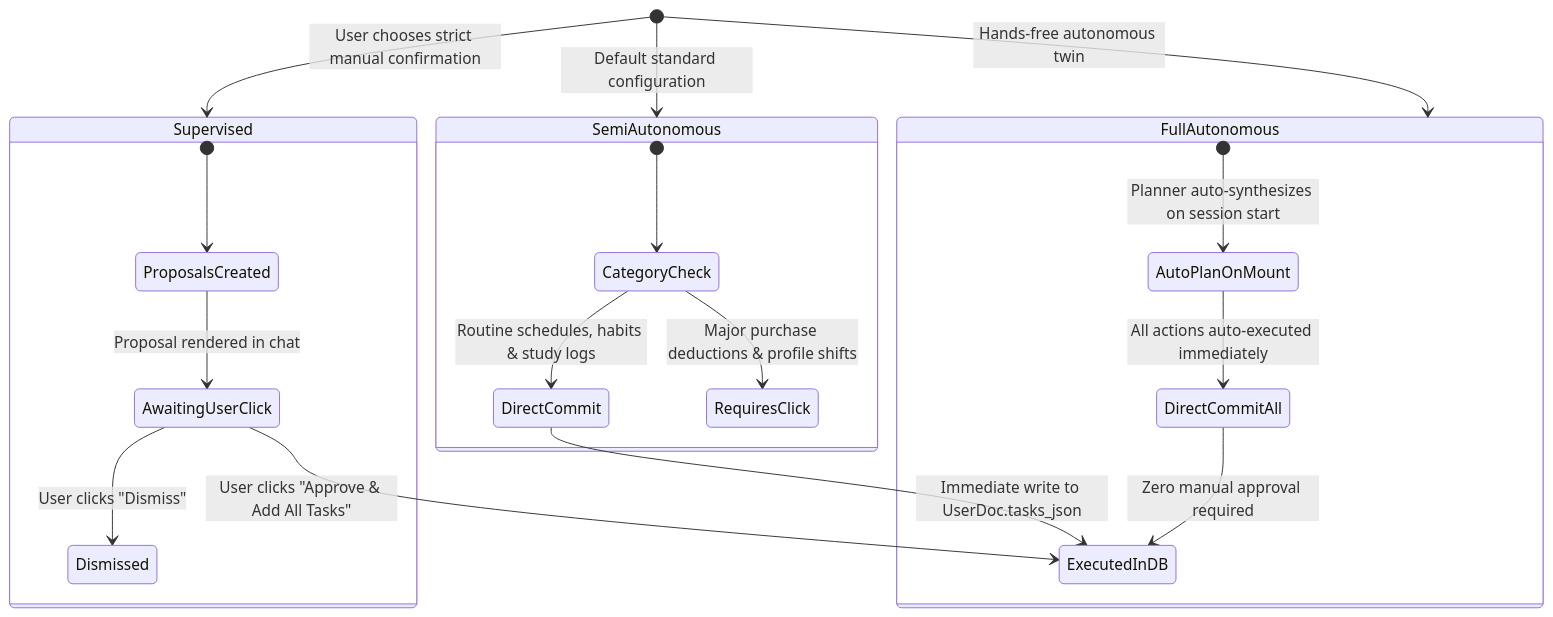
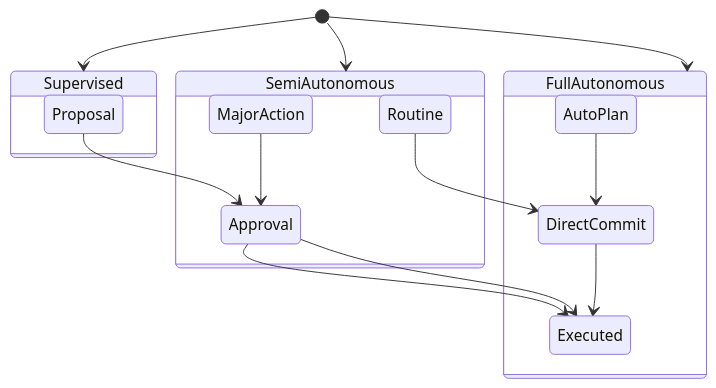
Before and after one commit to notysozu/AI-Based-Visual-Risk-and-Compliance-Intelligence-System: the sixth of 11 diagrams in docs/system_architecture.md, drawn with Mermaid. The commit also changed other lines of this file, not shown here.

First line of the commit message:
Refactor system architecture documentation for clarity

````diff
--- a/docs/system_architecture.md
+++ b/docs/system_architecture.md
@@ -205,26 +104,22 @@
 ```mermaid
 stateDiagram-v2
-  [*] --> Supervised: User chooses strict manual confirmation
-  [*] --> SemiAutonomous: Default standard configuration
-  [*] --> FullAutonomous: Hands-free autonomous twin
+    [*] --> Supervised
+    [*] --> SemiAutonomous
+    [*] --> FullAutonomous
 
-  state Supervised {
-    [*] --> ProposalsCreated
-    ProposalsCreated --> AwaitingUserClick: Proposal rendered in chat
-    AwaitingUserClick --> ExecutedInDB: User clicks "Approve & Add All Tasks"
-    AwaitingUserClick --> Dismissed: User clicks "Dismiss"
-  }
+    state Supervised {
+        Proposal --> Approval
+        Approval --> Executed
+    }
 
-  state SemiAutonomous {
-    [*] --> CategoryCheck
-    CategoryCheck --> DirectCommit: Routine schedules, habits & study logs
-    CategoryCheck --> RequiresClick: Major purchase deductions & profile shifts
-    DirectCommit --> ExecutedInDB: Immediate write to UserDoc.tasks_json
-  }
+    state SemiAutonomous {
+        Routine --> DirectCommit
+        MajorAction --> Approval
+        Approval --> Executed
+    }
 
-  state FullAutonomous {
-    [*] --> AutoPlanOnMount: Planner auto-synthesizes on session start
-    AutoPlanOnMount --> DirectCommitAll: All actions auto-executed immediately
-    DirectCommitAll --> ExecutedInDB: Zero manual approval required
-  }
+    state FullAutonomous {
+        AutoPlan --> DirectCommit
+        DirectCommit --> Executed
+    }
 ```
````
